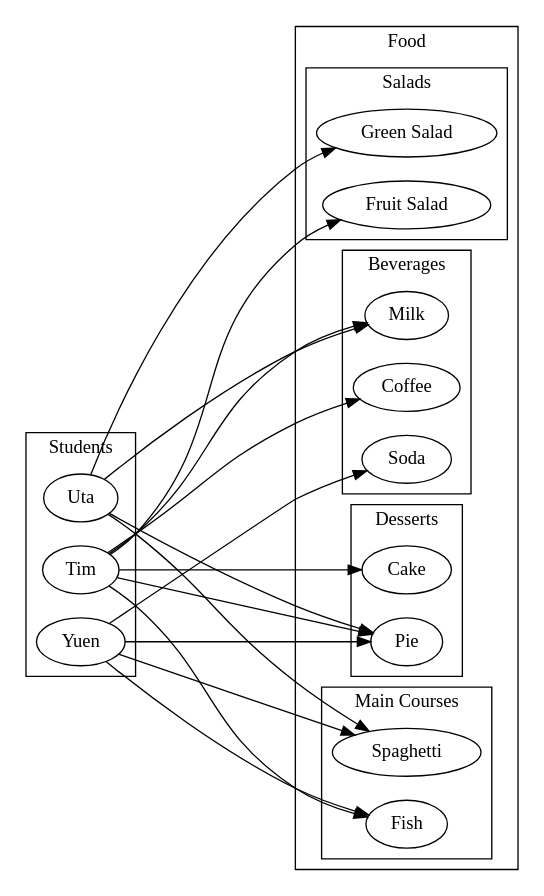
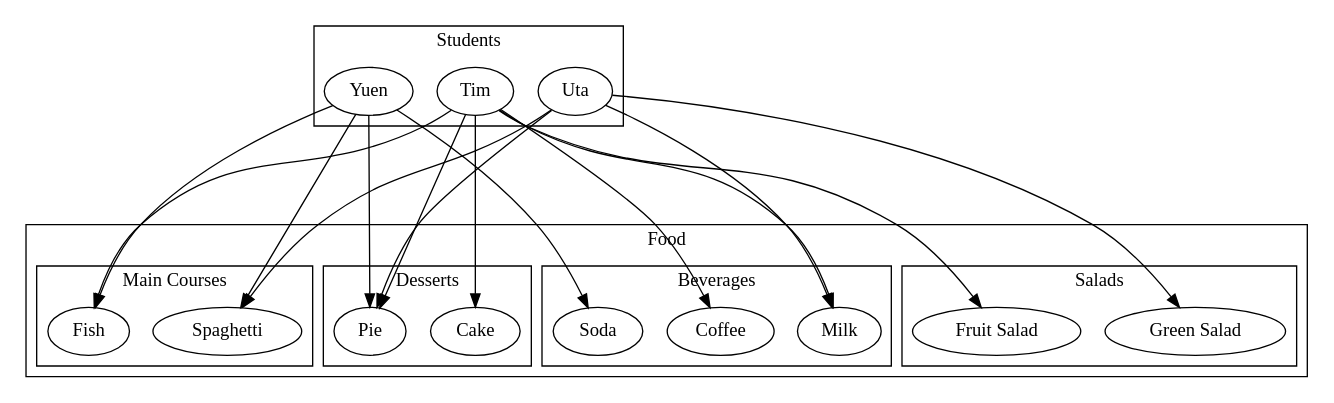
Before and after one commit to tnichols217/notes: the diagram in CSDS 302 - Discrete Math/HW/3.md, drawn with Graphviz. The commit also changed other lines of this file, not shown here.

````diff
--- a/CSDS 302 - Discrete Math/HW/3.md
+++ b/CSDS 302 - Discrete Math/HW/3.md
@@ -141,45 +141,44 @@
 ```dot
 digraph {
-	rankdir=LR
 	ranksep=2
 	subgraph {
 		label=Students
 		cluster=true
 		a [label=Uta]
 		b [label=Tim]
 		c [label=Yuen]
 	}
 	subgraph {
 		label=Food
 		cluster=true
 		subgraph {
 			label=Salads
 			cluster=true
 			A [label="Green Salad"]
 			B [label="Fruit Salad"]
 		}
 		subgraph {
 			label="Main Courses"
 			cluster=true
 			C [label="Spaghetti"]
 			D [label="Fish"]
 		}
 		subgraph {
 			label="Desserts"
 			cluster=true
 			E [label="Pie"]
 			F [label="Cake"]
 		}
 		subgraph {
 			label="Beverages"
 			cluster=true
 			G [label="Milk"]
 			H [label="Soda"]
 			I [label="Coffee"]
 		}
 	}
 	a->{ A C E G }
 	b->{ B D E F G I }
 	c->{ C D E H }
 }
 ```
````
